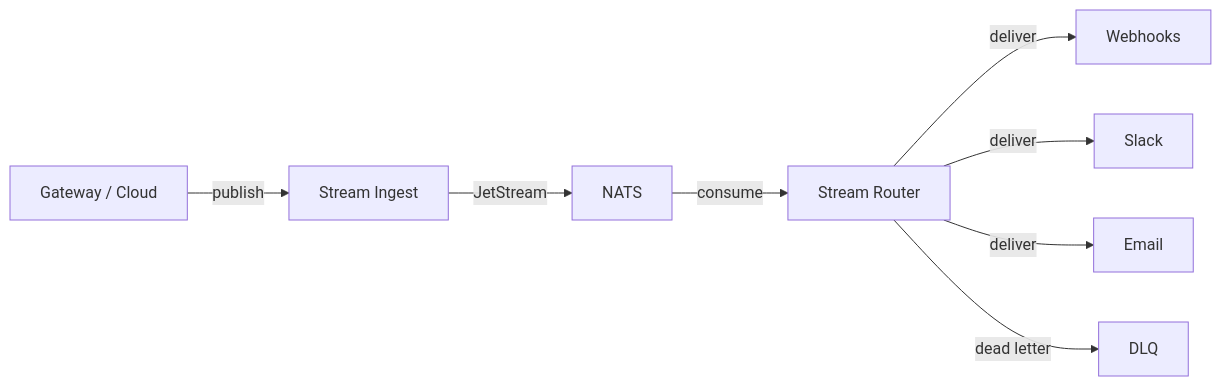
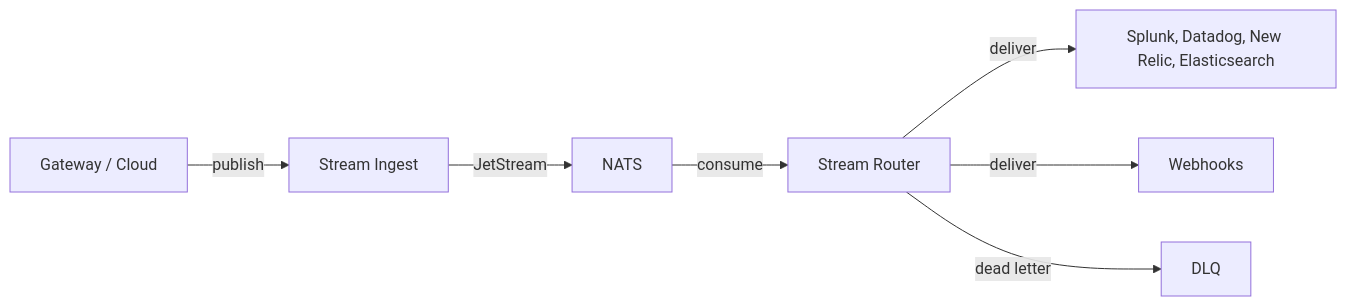
The diagram in deployment/streaming.mdx (SirTingling/docs), drawn with Mermaid before and after one commit. The commit also changed other lines of this file and 3 other files, not shown here.

````diff
--- a/deployment/streaming.mdx
+++ b/deployment/streaming.mdx
@@ -13,10 +13,9 @@
 ```mermaid
 graph LR
     A[Gateway / Cloud] -->|publish| B[Stream Ingest]
     B -->|JetStream| C[NATS]
     C -->|consume| D[Stream Router]
-    D -->|deliver| E[Webhooks]
-    D -->|deliver| F[Slack]
-    D -->|deliver| G[Email]
+    D -->|deliver| E[Splunk, Datadog, New Relic, Elasticsearch]
+    D -->|deliver| F[Webhooks]
     D -->|dead letter| H[DLQ]
 ```
````
